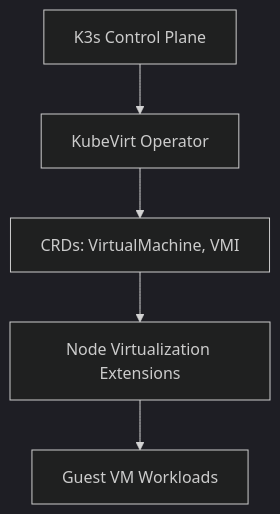
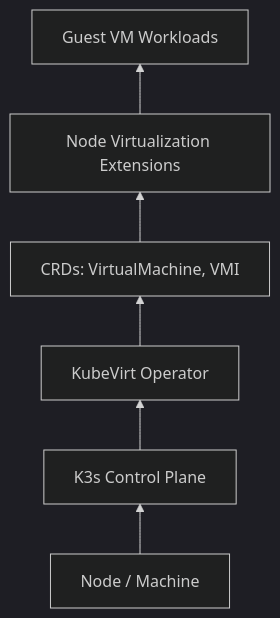
Before and after one commit to dasmlab/k8s-kubevirt-134-primer: the diagram in features/134-kubevirt-integration/README.md, drawn with Mermaid (dark theme). The commit also changed 3 other files, not shown here.

Commit message:
refactoring install.sh to support mode,node-type, node-name and control-ip arguament and single/multi node layotu in nodes.txt, README information updated with options and description as we as info about setting sudoers properly.

````diff
--- a/features/134-kubevirt-integration/README.md
+++ b/features/134-kubevirt-integration/README.md
@@ -3,7 +3,8 @@
 ```mermaid
-flowchart TD
-    ControlPlane[K3s Control Plane] --> Operator[KubeVirt Operator]
+flowchart BT
+    Node[Node / Machine] --> ControlPlane[K3s Control Plane]
+    ControlPlane --> Operator[KubeVirt Operator]
     Operator --> CRDs[CRDs: VirtualMachine, VMI]
     CRDs --> NodeExt[Node Virtualization Extensions]
     NodeExt --> Guests[Guest VM Workloads]
 ```
````
